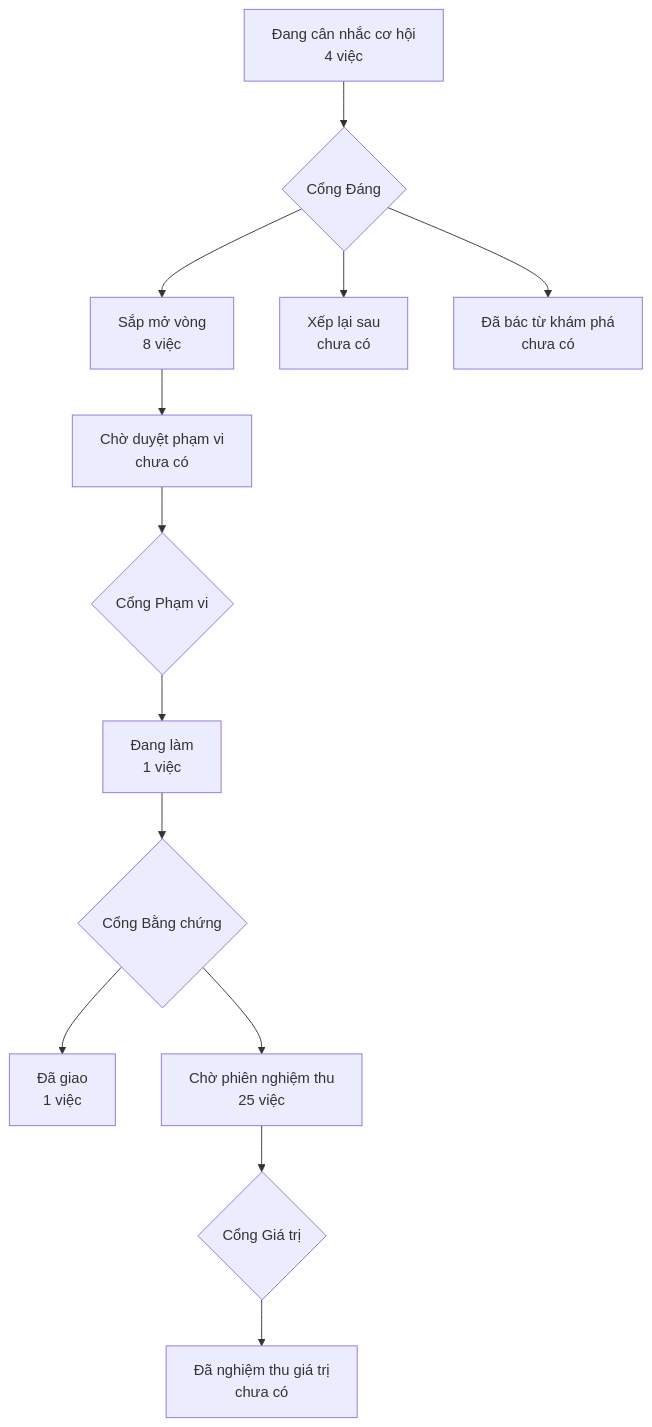
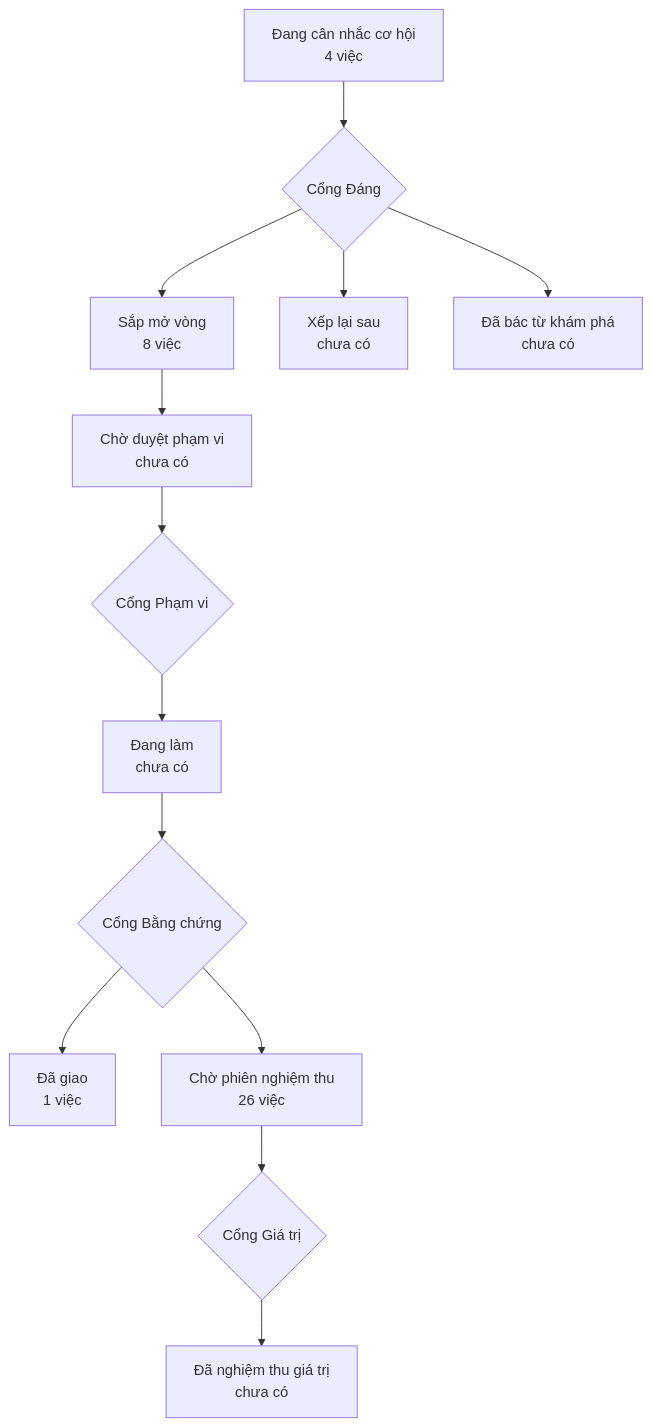
One commit to phanlemanh/onehub-inventory changed the diagram in PRODUCT-MAP.md. Above: the diagram before and after it, drawn with Mermaid. The commit also changed other lines of this file and 4 other files, not shown here.

````diff
--- a/PRODUCT-MAP.md
+++ b/PRODUCT-MAP.md
@@ -7,12 +7,12 @@
 ```mermaid
 flowchart TD
   A["Đang cân nhắc cơ hội<br/>4 việc"] --> GD{"Cổng Đáng"}
   GD --> B["Sắp mở vòng<br/>8 việc"]
   GD --> XL["Xếp lại sau<br/>chưa có"]
   GD --> DB["Đã bác từ khám phá<br/>chưa có"]
   B --> CD["Chờ duyệt phạm vi<br/>chưa có"] --> GP{"Cổng Phạm vi"}
-  GP --> DL["Đang làm<br/>1 việc"] --> GB{"Cổng Bằng chứng"}
+  GP --> DL["Đang làm<br/>chưa có"] --> GB{"Cổng Bằng chứng"}
   GB --> DG["Đã giao<br/>1 việc"]
-  GB --> CN["Chờ phiên nghiệm thu<br/>25 việc"] --> GG{"Cổng Giá trị"}
+  GB --> CN["Chờ phiên nghiệm thu<br/>26 việc"] --> GG{"Cổng Giá trị"}
   GG --> NT["Đã nghiệm thu giá trị<br/>chưa có"]
 ```
````
